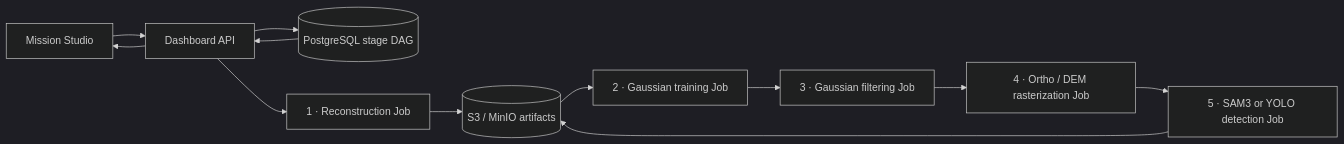
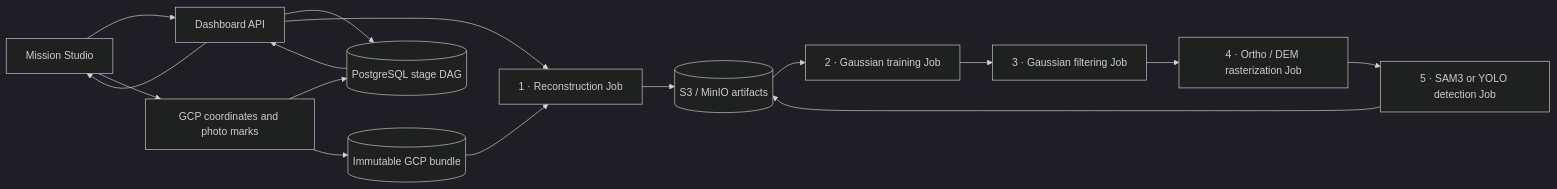
The diagram in README.md (olivelb/DroneAI), drawn with Mermaid (dark theme) before and after one commit. The commit also changed other lines of this file and 45 other files, not shown here.

First line of the commit message:
feat: add professional GCP workspace and immutable reconstruction inputs (#136)

````diff
--- a/README.md
+++ b/README.md
@@ -43,14 +43,18 @@
 ```mermaid
 flowchart LR
     UI["Mission Studio"] --> API["Dashboard API"]
     API --> DB[("PostgreSQL stage DAG")]
+    UI --> GCP["GCP coordinates and photo marks"]
+    GCP --> DB
+    GCP --> CAS[("Immutable GCP bundle")]
+    CAS --> R
     API --> R["1 · Reconstruction Job"]
     R --> S3[("S3 / MinIO artifacts")]
     S3 --> GT["2 · Gaussian training Job"]
     GT --> GF["3 · Gaussian filtering Job"]
     GF --> RA["4 · Ortho / DEM rasterization Job"]
     RA --> AI["5 · SAM3 or YOLO detection Job"]
     AI --> S3
     DB --> API
     API --> UI
 ```
````
